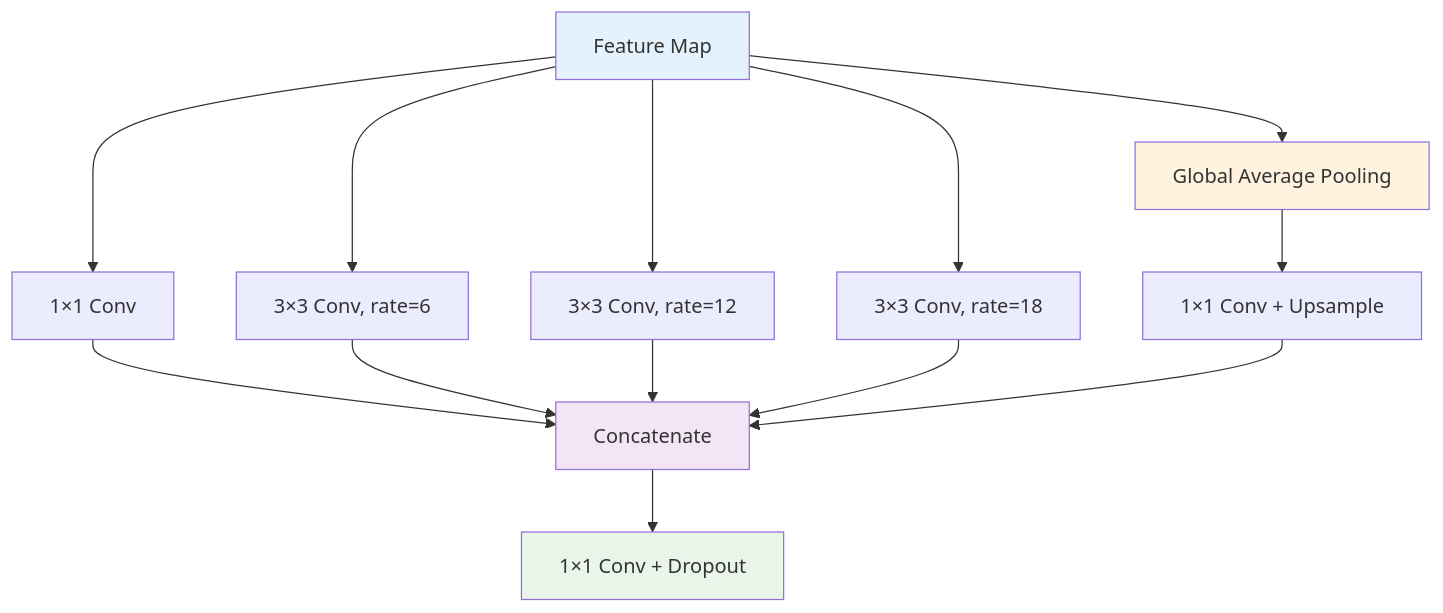
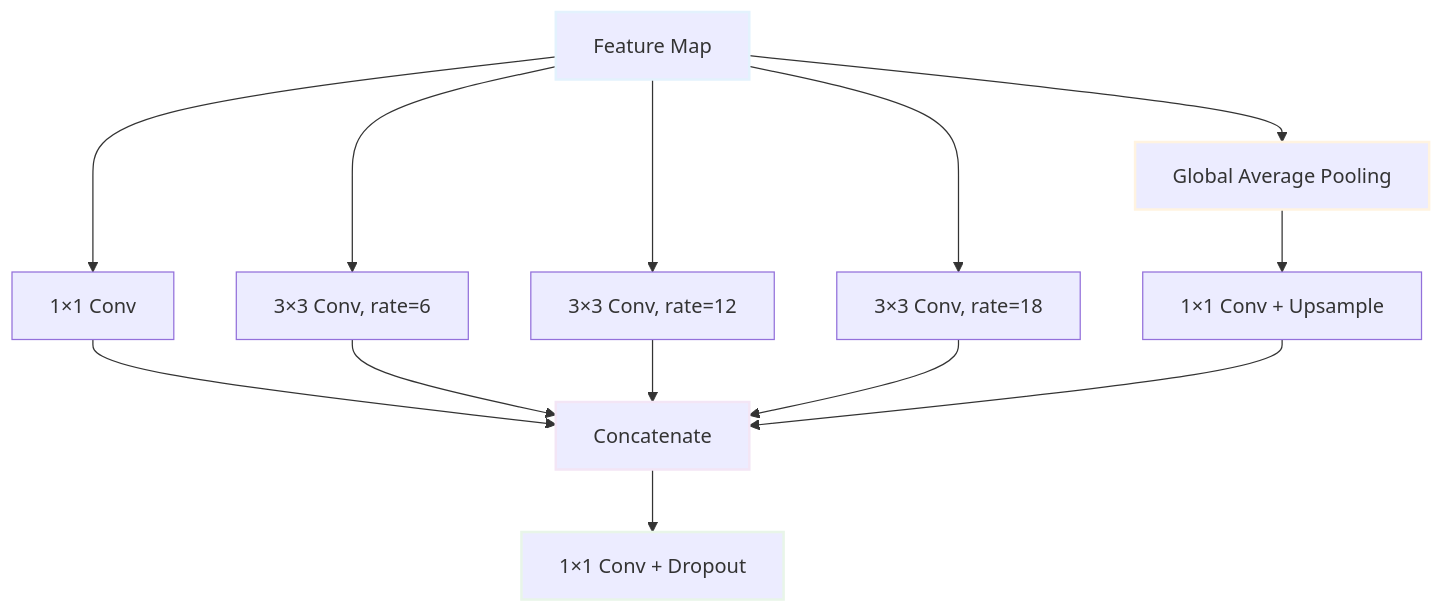
Before and after one commit to c0z0c/sprint_mission: the third of 4 diagrams in 스터디/IS_08_deeplab_series.md, drawn with Mermaid. The commit also changed other lines of this file and 14 other files, not shown here.

````diff
--- a/스터디/IS_08_deeplab_series.md
+++ b/스터디/IS_08_deeplab_series.md
@@ -282,20 +282,20 @@
 ```mermaid
 graph TB
     A["Feature Map"] --> B["1×1 Conv"]
     A --> C["3×3 Conv, rate=6"]
     A --> D["3×3 Conv, rate=12"]
     A --> E["3×3 Conv, rate=18"]
     A --> F["Global Average Pooling"]
     F --> G["1×1 Conv + Upsample"]
     B --> H["Concatenate"]
     C --> H
     D --> H  
     E --> H
     G --> H
     H --> I["1×1 Conv + Dropout"]
     
-    style A fill:#e3f2fd
-    style F fill:#fff3e0
-    style H fill:#f3e5f5
-    style I fill:#e8f5e8
+    style A stroke-width:2px,stroke:#e3f2fd
+    style F stroke-width:2px,stroke:#fff3e0
+    style H stroke-width:2px,stroke:#f3e5f5
+    style I stroke-width:2px,stroke:#e8f5e8
 ```
````
